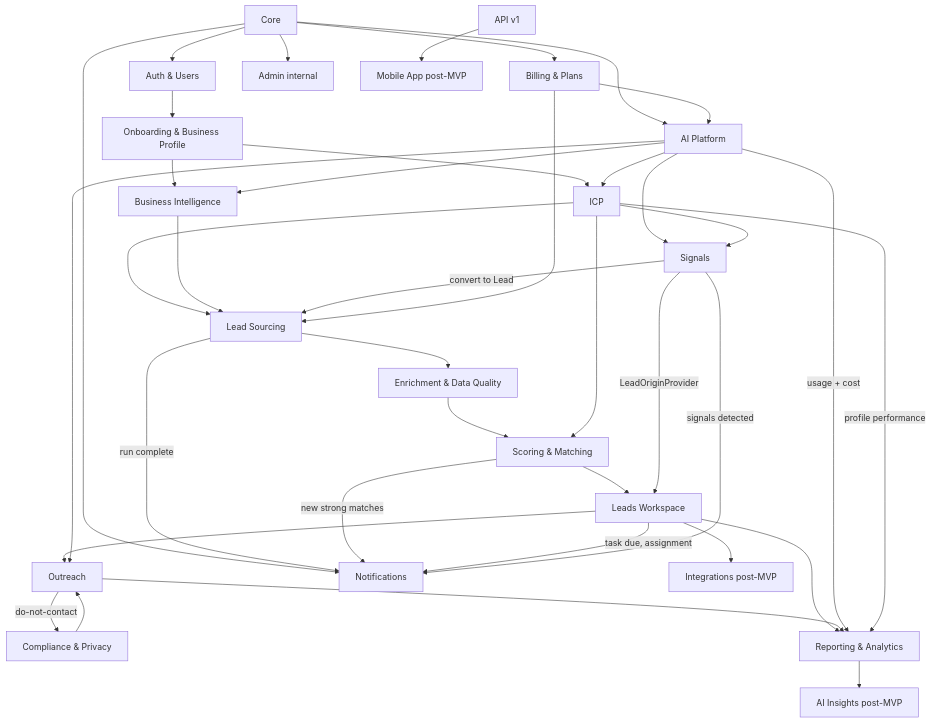
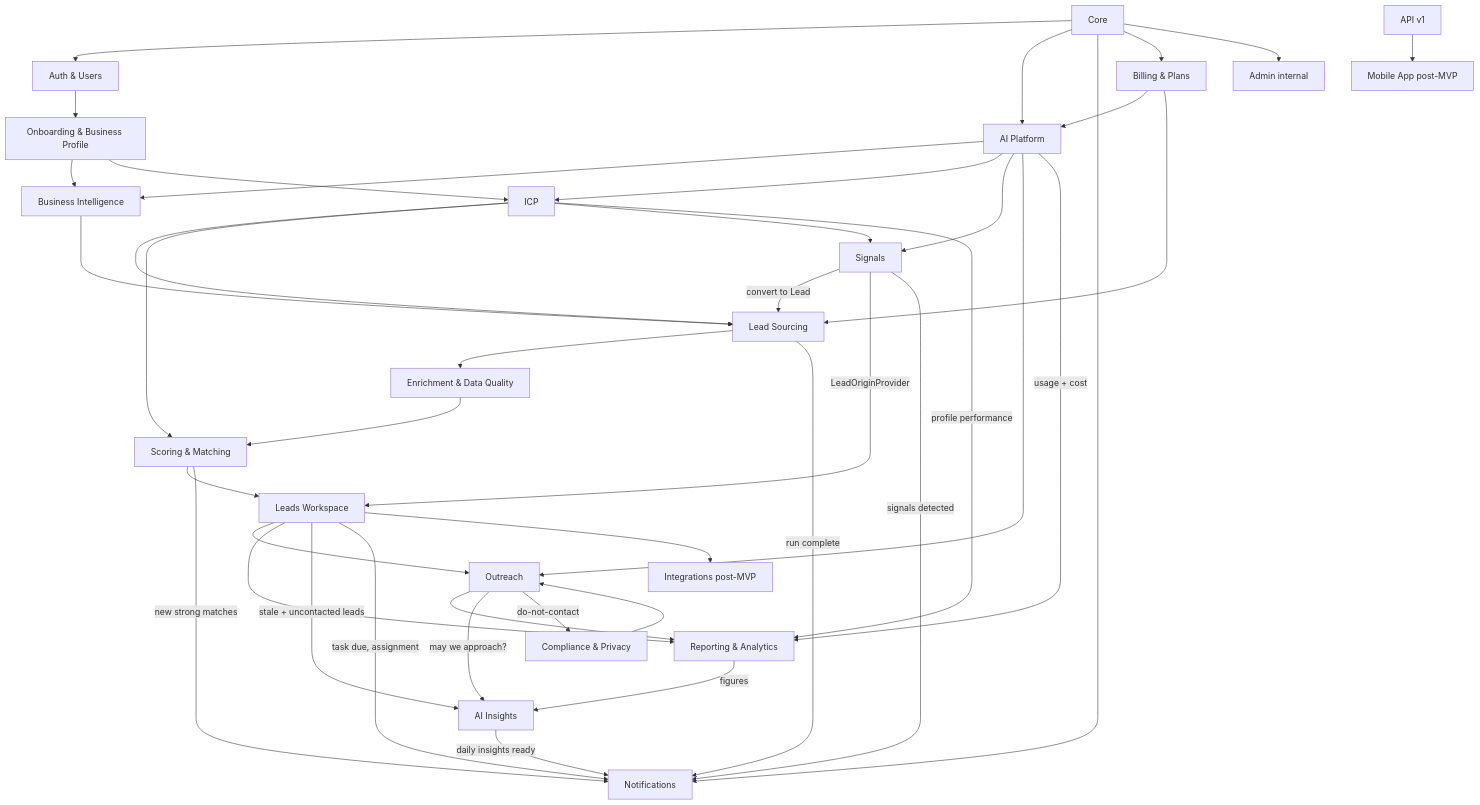
The second of 2 diagrams in docs/architecture.md (LordWatson/AlimaProspects), drawn with Mermaid before and after one commit. The commit also changed other lines of this file and 66 other files, not shown here.

````diff
--- a/docs/architecture.md
+++ b/docs/architecture.md
@@ -39,40 +39,43 @@
 ```mermaid
 flowchart TD
   Core --> Auth[Auth & Users]
   Core --> AIp[AI Platform]
   Auth --> Onb[Onboarding & Business Profile]
   Onb --> BI[Business Intelligence]
   Onb --> ICP
   AIp --> BI
   AIp --> ICP
   ICP --> LS[Lead Sourcing]
   BI --> LS
   LS --> Enr[Enrichment & Data Quality]
   Enr --> Sc[Scoring & Matching]
   ICP --> Sc
   Sc --> LW[Leads Workspace]
   AIp --> Sig[Signals]
   ICP --> Sig
   Sig -->|convert to Lead| LS
   Sig -->|LeadOriginProvider| LW
   LW --> Out[Outreach]
   AIp --> Out
   Comp[Compliance & Privacy] --> Out
   LW --> Rep[Reporting & Analytics]
   Out --> Rep
   AIp -->|usage + cost| Rep
   ICP -->|profile performance| Rep
-  Rep --> Ins[AI Insights post-MVP]
+  Rep -->|figures| Ins[AI Insights]
+  LW -->|stale + uncontacted leads| Ins
+  Out -->|may we approach?| Ins
+  Ins -->|daily insights ready| Notif
   Core --> Notif[Notifications]
   LS -->|run complete| Notif
   Sc -->|new strong matches| Notif
   LW -->|task due, assignment| Notif
   Sig -->|signals detected| Notif
   Out -->|do-not-contact| Comp
   Core --> Bill[Billing & Plans]
   Bill --> AIp
   Bill --> LS
   Core --> Admin[Admin internal]
   LW --> Integ[Integrations post-MVP]
   API[API v1] --> Mob[Mobile App post-MVP]
 ```
````
